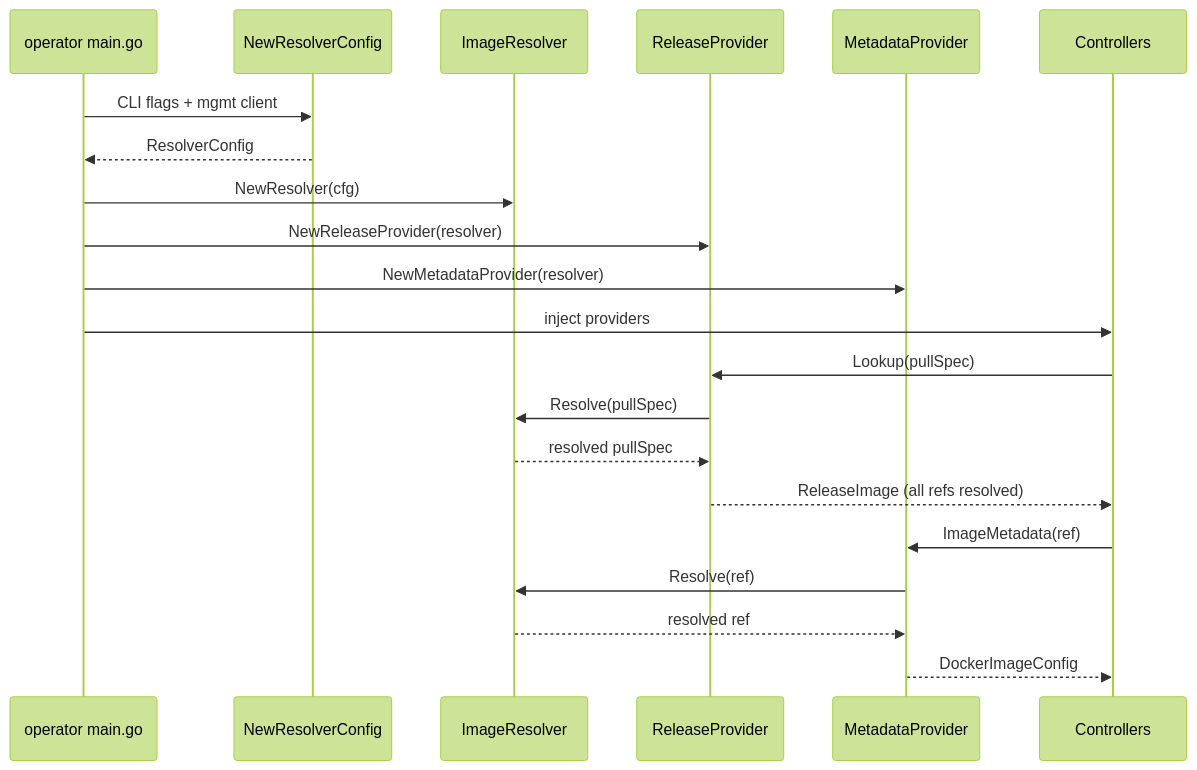
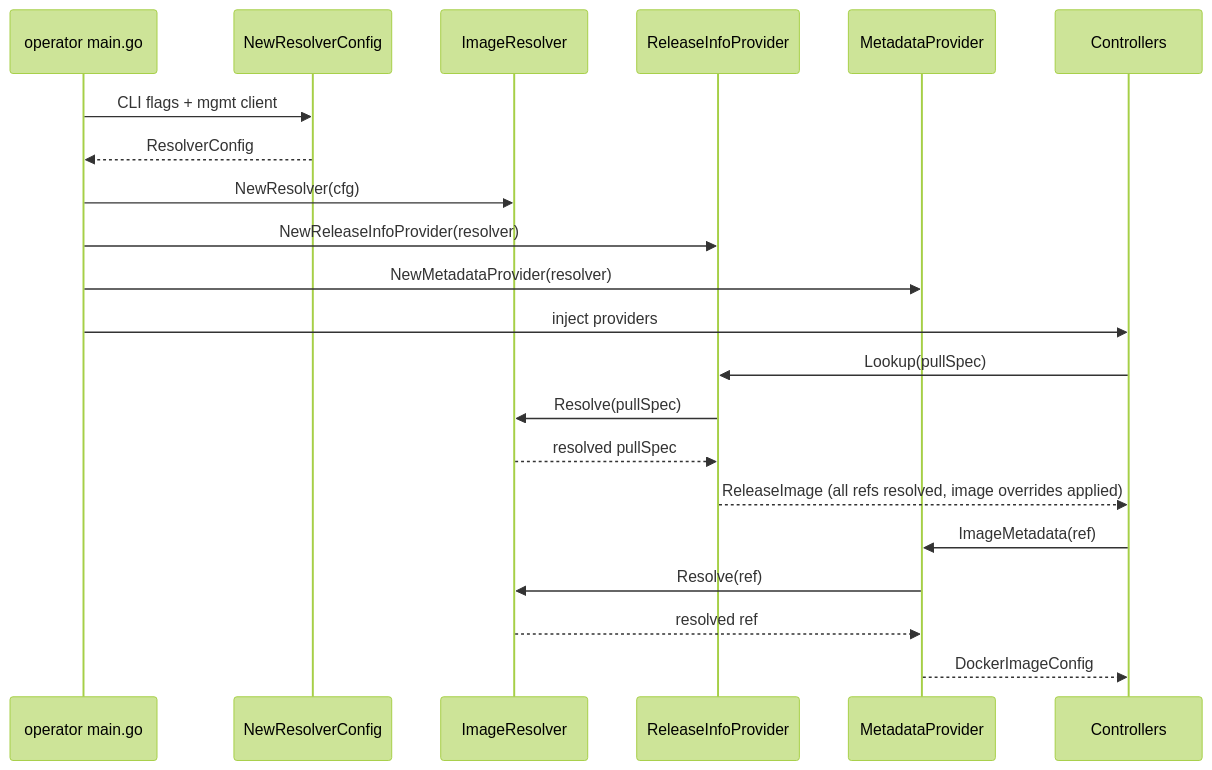
The diagram in enhancements/hypershift/unified-image-resolution.md (openshift/enhancements), drawn with Mermaid (forest theme) before and after one commit. The commit also changed other lines of this file, not shown here.

First line of the commit message:
docs: rename ReleaseProvider to ReleaseInfoProvider, absorb StaticProviderDecorator

````diff
--- a/enhancements/hypershift/unified-image-resolution.md
+++ b/enhancements/hypershift/unified-image-resolution.md
@@ -94,24 +94,24 @@
 ```mermaid
 sequenceDiagram
     participant Main as operator main.go
     participant Config as NewResolverConfig
     participant Resolver as ImageResolver
-    participant Release as ReleaseProvider
+    participant Release as ReleaseInfoProvider
     participant Metadata as MetadataProvider
     participant Controller as Controllers
 
     Main->>Config: CLI flags + mgmt client
     Config-->>Main: ResolverConfig
     Main->>Resolver: NewResolver(cfg)
-    Main->>Release: NewReleaseProvider(resolver)
+    Main->>Release: NewReleaseInfoProvider(resolver)
     Main->>Metadata: NewMetadataProvider(resolver)
     Main->>Controller: inject providers
     Controller->>Release: Lookup(pullSpec)
     Release->>Resolver: Resolve(pullSpec)
     Resolver-->>Release: resolved pullSpec
-    Release-->>Controller: ReleaseImage (all refs resolved)
+    Release-->>Controller: ReleaseImage (all refs resolved, image overrides applied)
     Controller->>Metadata: ImageMetadata(ref)
     Metadata->>Resolver: Resolve(ref)
     Resolver-->>Metadata: resolved ref
     Metadata-->>Controller: DockerImageConfig
 ```
````
